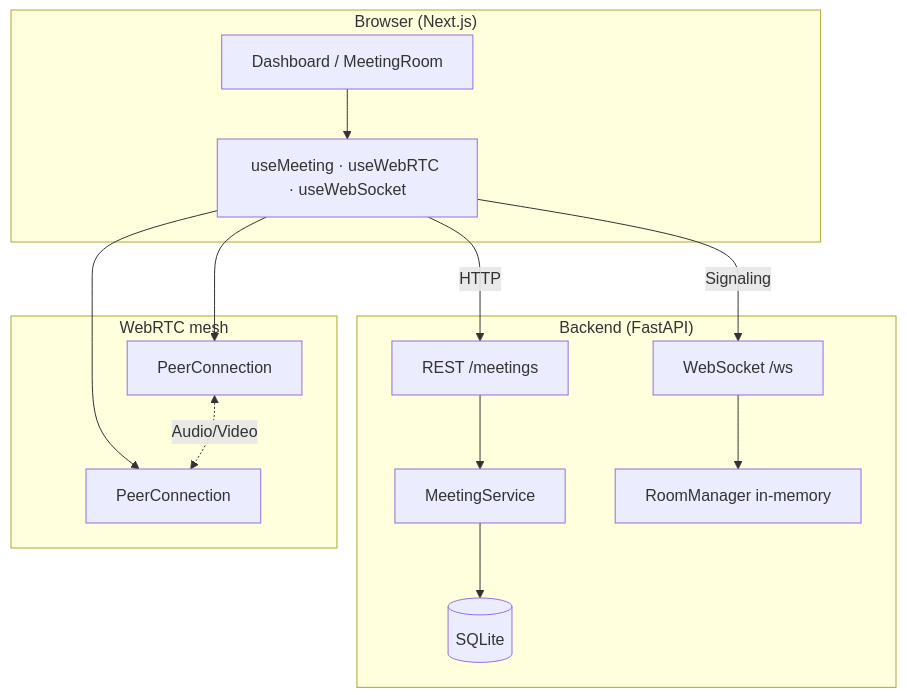
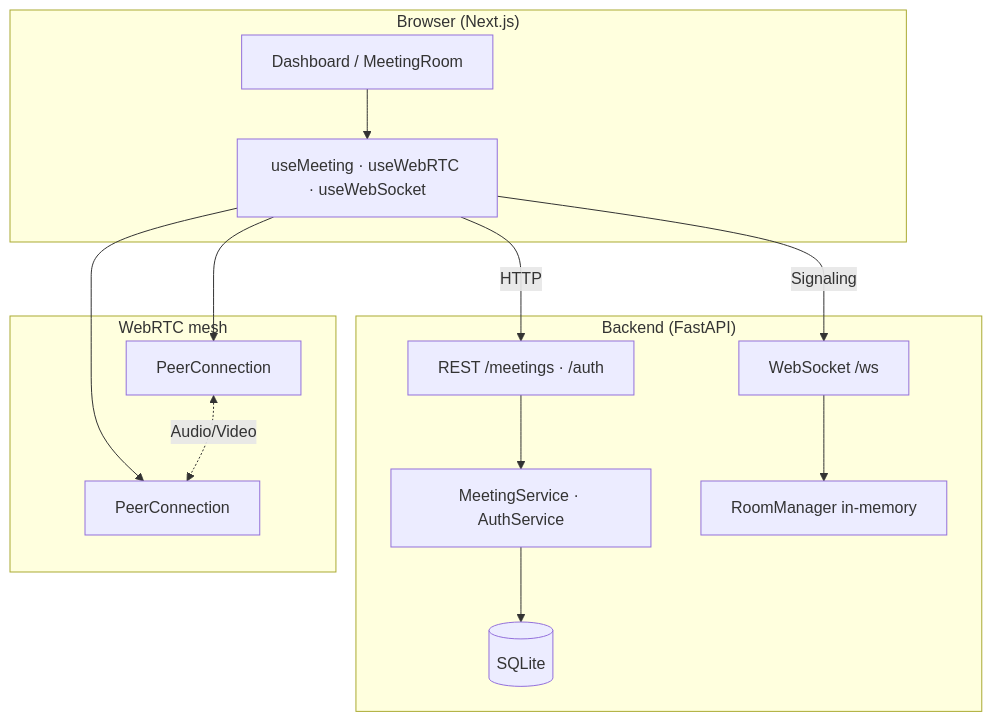
One commit to NerojuPavan/ZoomClone changed the first of 2 diagrams in README.md. Above: the diagram before and after it, drawn with Mermaid. The commit also changed other lines of this file, not shown here.

````diff
--- a/README.md
+++ b/README.md
@@ -72,29 +84,29 @@
 ```mermaid
 flowchart TB
     subgraph Browser["Browser (Next.js)"]
         UI[Dashboard / MeetingRoom]
         Hooks[useMeeting · useWebRTC · useWebSocket]
         UI --> Hooks
     end
 
     subgraph Backend["Backend (FastAPI)"]
-        REST[REST /meetings]
+        REST[REST /meetings · /auth]
         WS[WebSocket /ws]
-        SVC[MeetingService]
+        SVC[MeetingService · AuthService]
         RM[RoomManager in-memory]
         DB[(SQLite)]
         REST --> SVC --> DB
         WS --> RM
     end
 
     subgraph P2P["WebRTC mesh"]
         PC1[PeerConnection]
         PC2[PeerConnection]
     end
 
     Hooks -->|HTTP| REST
     Hooks -->|Signaling| WS
     Hooks --> PC1
     Hooks --> PC2
     PC1 <-.->|Audio/Video| PC2
 ```
````
